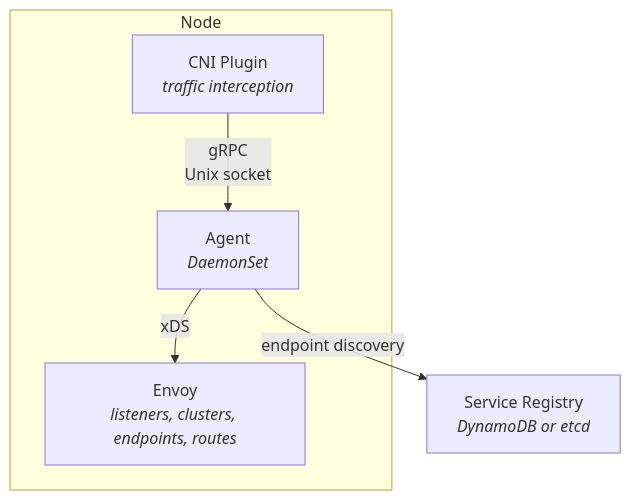
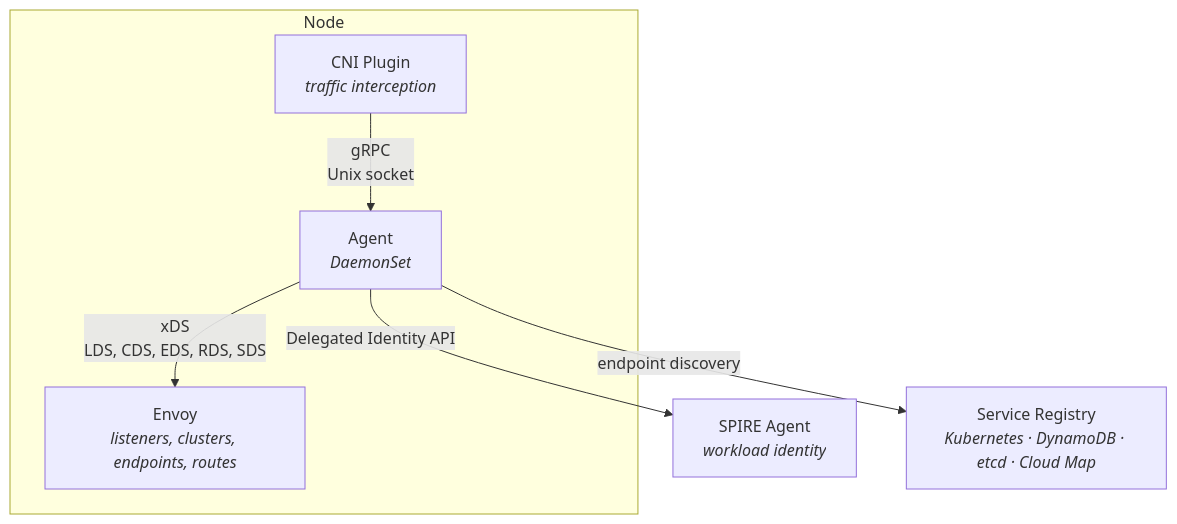
The diagram in README.md (bpalermo/aether), drawn with Mermaid before and after one commit. The commit also changed other lines of this file and 1 other file, not shown here.

First line of the commit message:
Update docs to reflect current architecture and Bazel 9 (#33)

````diff
--- a/README.md
+++ b/README.md
@@ -7,14 +7,17 @@
 ```mermaid
 graph TD
     subgraph Node
         CNI["CNI Plugin<br/><i>traffic interception</i>"]
         Agent["Agent<br/><i>DaemonSet</i>"]
         Envoy["Envoy<br/><i>listeners, clusters, endpoints, routes</i>"]
 
         CNI -- "gRPC<br/>Unix socket" --> Agent
-        Agent -- "xDS" --> Envoy
+        Agent -- "xDS<br/>LDS, CDS, EDS, RDS, SDS" --> Envoy
     end
 
-    Registry["Service Registry<br/><i>DynamoDB or etcd</i>"]
+    SPIRE["SPIRE Agent<br/><i>workload identity</i>"]
+    Agent -- "Delegated Identity API" --> SPIRE
+
+    Registry["Service Registry<br/><i>Kubernetes · DynamoDB · etcd · Cloud Map</i>"]
     Agent -- "endpoint discovery" --> Registry
 ```
````
